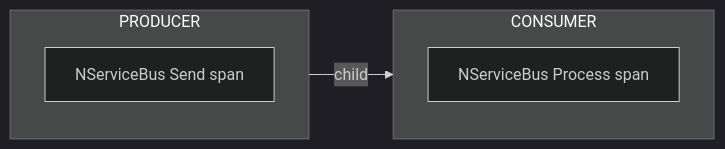
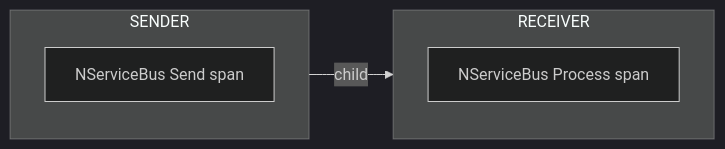
Before and after one commit to Particular/docs.particular.net: the first of 4 diagrams in nservicebus/operations/opentelemetry_traces_core_[9.2,).partial.md, drawn with Mermaid (dark theme).

Commit message:
fix naming in graphs

````diff
--- a/nservicebus/operations/opentelemetry_traces_core_[9.2,).partial.md
+++ b/nservicebus/operations/opentelemetry_traces_core_[9.2,).partial.md
@@ -20,13 +20,13 @@
 ```mermaid
 flowchart LR;
-  subgraph PRODUCER
+  subgraph SENDER
   direction TB
    NSBM1[NServiceBus Send span]
   end
-  subgraph CONSUMER
+  subgraph RECEIVER
   direction TB
   PRM1[NServiceBus Process span]
 
   end
   NSBM1--child--> PRM1
 ```
````
